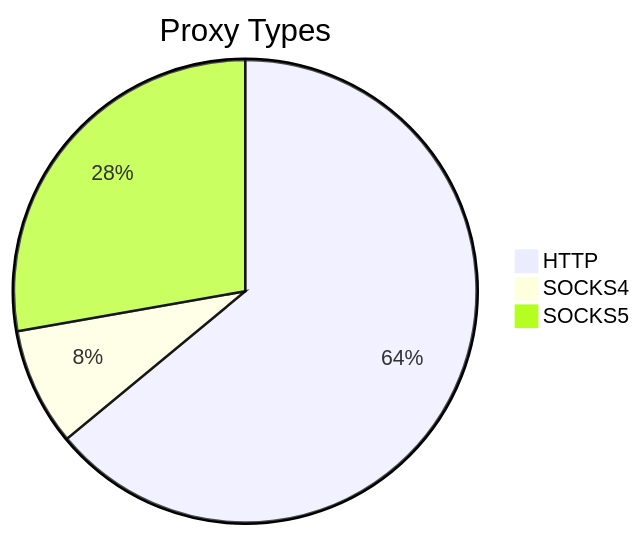
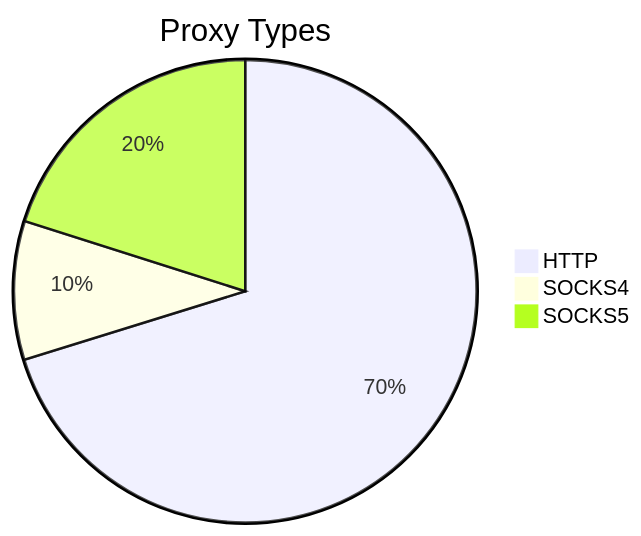
Before and after one commit to stormsia/proxy-list: the first of 2 diagrams in README.md, drawn with Mermaid. The commit also changed other lines of this file, not shown here.

````diff
--- a/README.md
+++ b/README.md
@@ -21,6 +21,6 @@
 ```mermaid
 pie title Proxy Types
-    "HTTP" : 272
-    "SOCKS4" : 35
-    "SOCKS5" : 118
+    "HTTP" : 297
+    "SOCKS4" : 41
+    "SOCKS5" : 85
 ```
````
